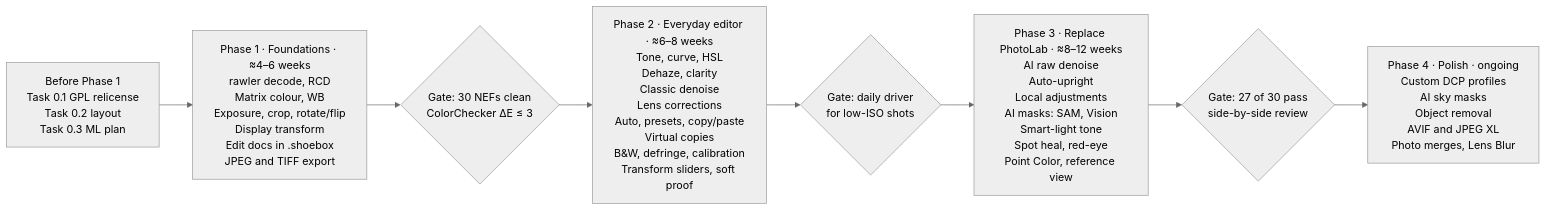
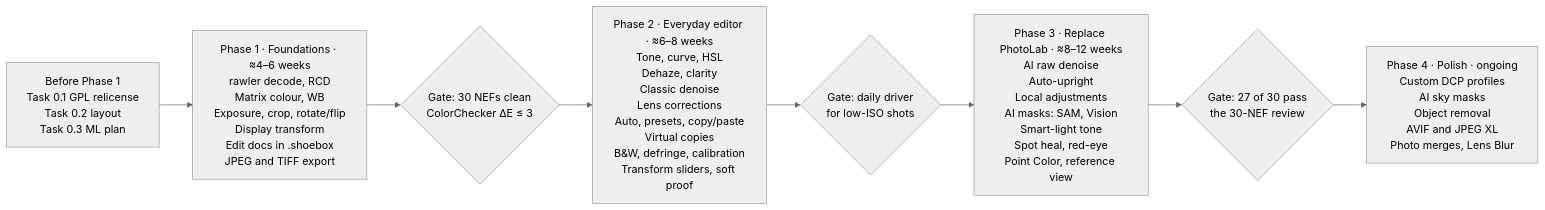
The second of 2 diagrams in docs/EDITING-SPEC.md (PinkOctopusLabs/shoebox), drawn with Mermaid (neutral theme) before and after one commit. The commit also changed other lines of this file and 1 other file, not shown here.

Commit message:
EDITING-SPEC: no licensed editors in testing; Phase 1 gate deferred

````diff
--- a/docs/EDITING-SPEC.md
+++ b/docs/EDITING-SPEC.md
@@ -531,8 +533,8 @@
 ```mermaid
 flowchart LR
   P0["Before Phase 1<br/>Task 0.1 GPL relicense<br/>Task 0.2 layout<br/>Task 0.3 ML plan"] --> P1
   P1["Phase 1 · Foundations · ≈4–6 weeks<br/>rawler decode, RCD<br/>Matrix colour, WB<br/>Exposure, crop, rotate/flip<br/>Display transform<br/>Edit docs in .shoebox<br/>JPEG and TIFF export"] --> G1{"Gate: 30 NEFs clean<br/>ColorChecker ΔE ≤ 3"}
   G1 --> P2["Phase 2 · Everyday editor · ≈6–8 weeks<br/>Tone, curve, HSL<br/>Dehaze, clarity<br/>Classic denoise<br/>Lens corrections<br/>Auto, presets, copy/paste<br/>Virtual copies<br/>B&W, defringe, calibration<br/>Transform sliders, soft proof"] --> G2{"Gate: daily driver<br/>for low-ISO shots"}
-  G2 --> P3["Phase 3 · Replace PhotoLab · ≈8–12 weeks<br/>AI raw denoise<br/>Auto-upright<br/>Local adjustments<br/>AI masks: SAM, Vision<br/>Smart-light tone<br/>Spot heal, red-eye<br/>Point Color, reference view"] --> G3{"Gate: 27 of 30 pass<br/>side-by-side review"}
+  G2 --> P3["Phase 3 · Replace PhotoLab · ≈8–12 weeks<br/>AI raw denoise<br/>Auto-upright<br/>Local adjustments<br/>AI masks: SAM, Vision<br/>Smart-light tone<br/>Spot heal, red-eye<br/>Point Color, reference view"] --> G3{"Gate: 27 of 30 pass<br/>the 30-NEF review"}
   G3 --> P4["Phase 4 · Polish · ongoing<br/>Custom DCP profiles<br/>AI sky masks<br/>Object removal<br/>AVIF and JPEG XL<br/>Photo merges, Lens Blur"]
 ```
````
